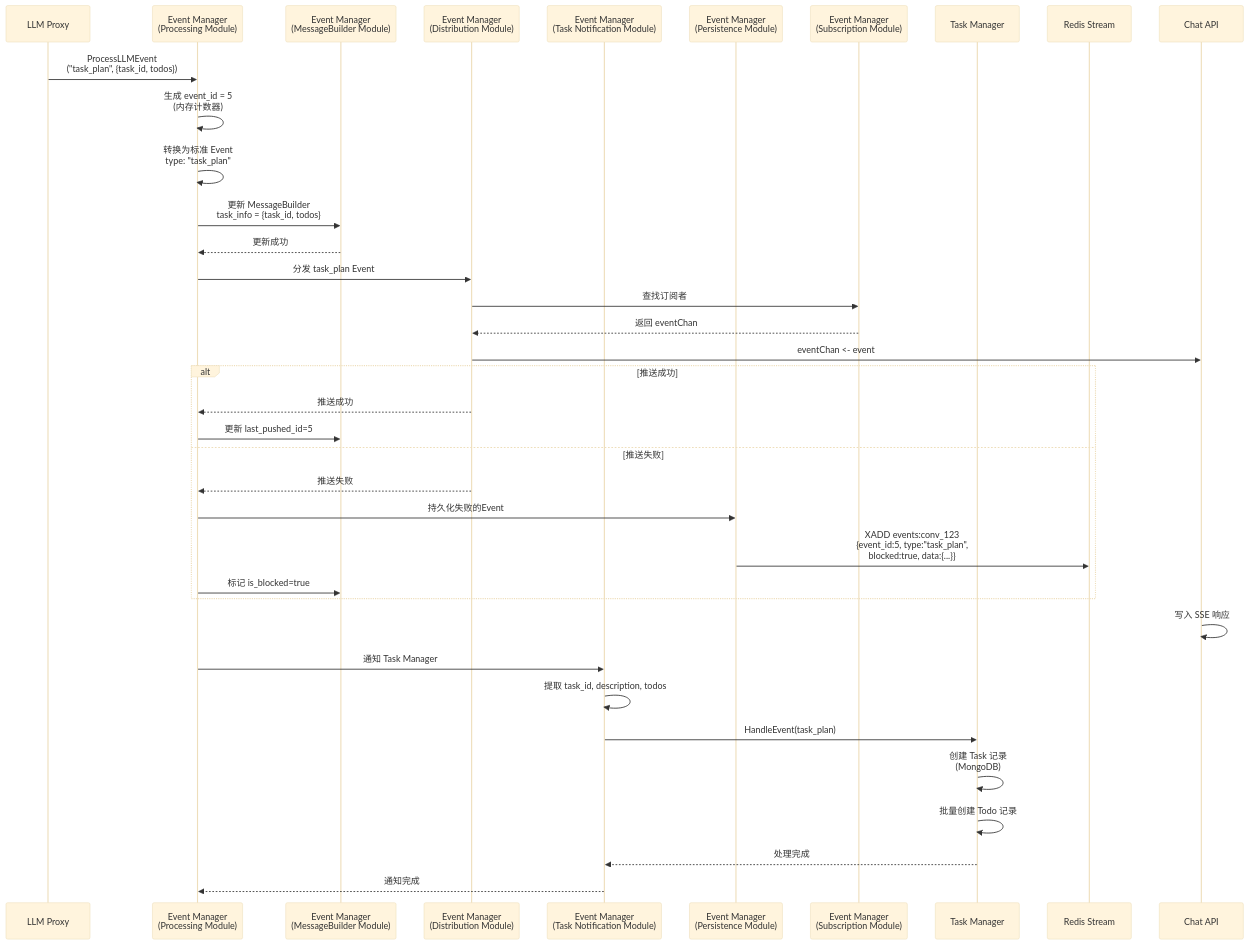
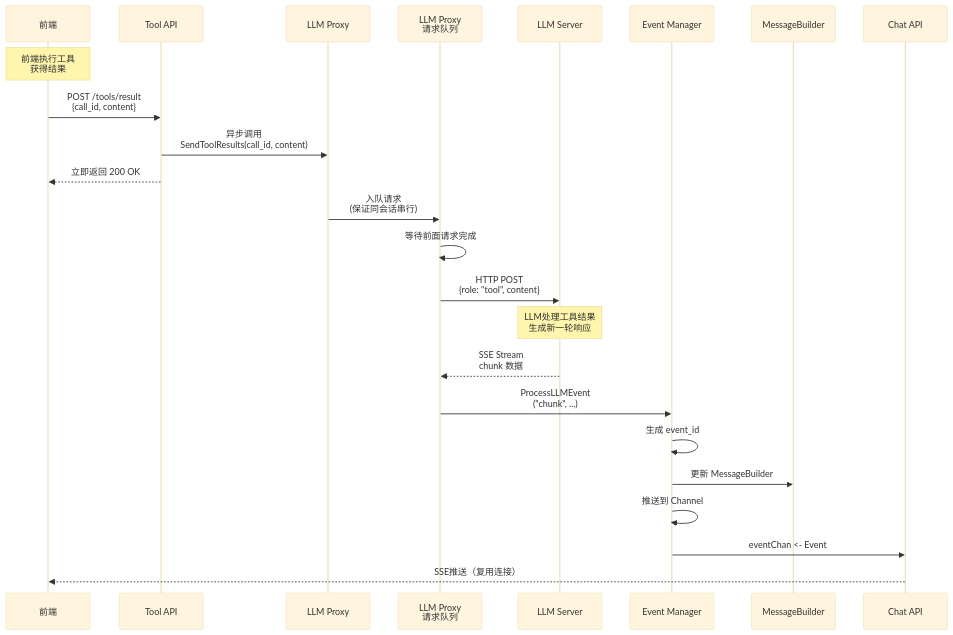
One commit to yingjianzh/iodraw-files changed the diagram in all/未命名-10.md. Above: the diagram before and after it, drawn with Mermaid (base theme).

Commit message:
2025-12-24 11:18:21 update

````diff
--- a/all/未命名-10.md
+++ b/all/未命名-10.md
@@ -1,49 +1,36 @@
 ```mermaid
 sequenceDiagram
+    participant FE as 前端
+    participant ToolAPI as Tool API
     participant LLMProxy as LLM Proxy
-    participant ProcMod as Event Manager<br/>(Processing Module)
-    participant BuilderMod as Event Manager<br/>(MessageBuilder Module)
-    participant DistribMod as Event Manager<br/>(Distribution Module)
-    participant TaskNotifMod as Event Manager<br/>(Task Notification Module)
-    participant PersistMod as Event Manager<br/>(Persistence Module)
-    participant SubMod as Event Manager<br/>(Subscription Module)
-    participant TaskMgr as Task Manager
-    participant Redis as Redis Stream
+    participant Queue as LLM Proxy<br/>请求队列
+    participant LLMServer as LLM Server
+    participant EventMgr as Event Manager
+    participant Builder as MessageBuilder
     participant ChatAPI as Chat API
 
-    LLMProxy->>ProcMod: ProcessLLMEvent<br/>("task_plan", {task_id, todos})
+    Note over FE: 前端执行工具<br/>获得结果
 
-    ProcMod->>ProcMod: 生成 event_id = 5<br/>(内存计数器)
+    FE->>ToolAPI: POST /tools/result<br/>{call_id, content}
     
-    ProcMod->>ProcMod: 转换为标准 Event<br/>type: "task_plan"
+    ToolAPI->>LLMProxy: 异步调用<br/>SendToolResults(call_id, content)
+    ToolAPI-->>FE: 立即返回 200 OK
     
-    ProcMod->>BuilderMod: 更新 MessageBuilder<br/>task_info = {task_id, todos}
-    BuilderMod-->>ProcMod: 更新成功
+    LLMProxy->>Queue: 入队请求<br/>(保证同会话串行)
+    Queue->>Queue: 等待前面请求完成
     
-    ProcMod->>DistribMod: 分发 task_plan Event
-    DistribMod->>SubMod: 查找订阅者
-    SubMod-->>DistribMod: 返回 eventChan
-    DistribMod->>ChatAPI: eventChan <- event
+    Queue->>LLMServer: HTTP POST<br/>{role: "tool", content}
     
-    alt 推送成功
-        DistribMod-->>ProcMod: 推送成功
-        ProcMod->>BuilderMod: 更新 last_pushed_id=5
-    else 推送失败
-        DistribMod-->>ProcMod: 推送失败
-        ProcMod->>PersistMod: 持久化失败的Event
-        PersistMod->>Redis: XADD events:conv_123<br/>{event_id:5, type:"task_plan",<br/>blocked:true, data:{...}}
-        ProcMod->>BuilderMod: 标记 is_blocked=true
-    end
+    Note over LLMServer: LLM处理工具结果<br/>生成新一轮响应
     
-    ChatAPI->>ChatAPI: 写入 SSE 响应
+    LLMServer-->>Queue: SSE Stream<br/>chunk 数据
     
-    ProcMod->>TaskNotifMod:  通知 Task Manager
-    TaskNotifMod->>TaskNotifMod: 提取 task_id, description, todos
-        
-    TaskNotifMod->>TaskMgr: HandleEvent(task_plan)
-    TaskMgr->>TaskMgr: 创建 Task 记录<br/>(MongoDB)
-    TaskMgr->>TaskMgr: 批量创建 Todo 记录
-    TaskMgr-->>TaskNotifMod: 处理完成
+    Queue->>EventMgr: ProcessLLMEvent<br/>("chunk", ...)
     
-    TaskNotifMod-->>ProcMod: 通知完成
+    EventMgr->>EventMgr: 生成 event_id
+    EventMgr->>Builder: 更新 MessageBuilder
+    EventMgr->>EventMgr: 推送到 Channel
+    
+    EventMgr->>ChatAPI: eventChan <- Event
+    ChatAPI-->>FE: SSE推送（复用连接）
 ```
````
